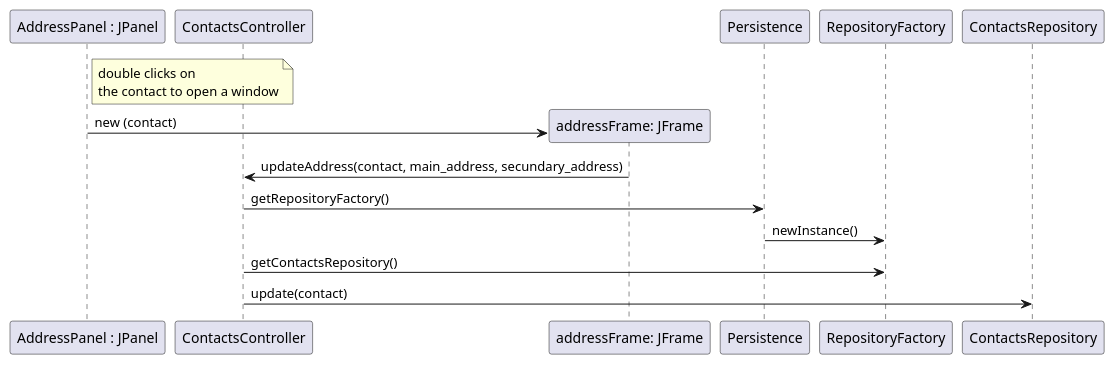
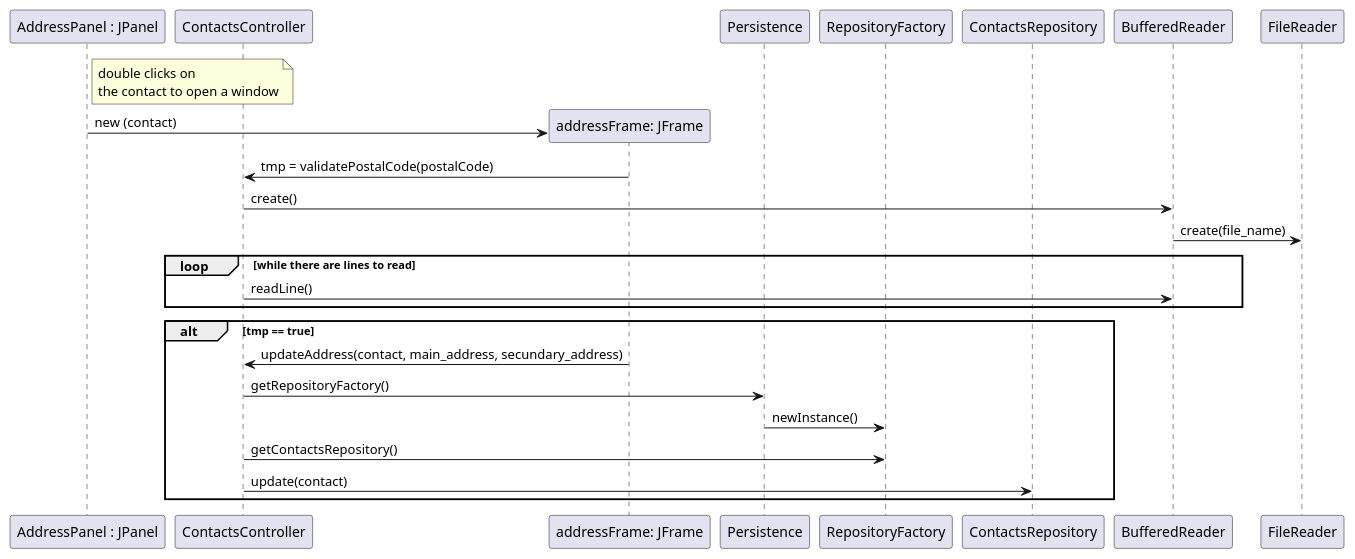
The diagram in src/csheets/userstories/crm02_01/address_edition/i130371/crm_02_01_design_sequence.puml (1130348/Confusao), drawn with PlantUML before and after one commit. The commit also changed 16 other files, not shown here.

Commit message:
CSDH-182 #time 5h #comments Implementação, alteração do diagrama de sequência (validação por ficheiro) e testes funcionais #resolve

```diff
--- a/src/csheets/userstories/crm02_01/address_edition/i130371/crm_02_01_design_sequence.puml
+++ b/src/csheets/userstories/crm02_01/address_edition/i130371/crm_02_01_design_sequence.puml
@@ -1,28 +1,39 @@
 @startuml doc-files/crm_01_01_updateContact.png
     participant "AddressPanel : JPanel" as cp
     participant "ContactsController" as ctrl
     participant "addressFrame: JFrame" as jframe
     participant "Persistence" as pers
     participant "RepositoryFactory" as repFactory
     participant "ContactsRepository" as contactsRep
+	participant "BufferedReader" as buffer
+    participant "FileReader" as file
 
 
 
     note right of cp
         double clicks on
         the contact to open a window
     end note
 
     create jframe
     cp -> jframe : new (contact)
 
+	jframe -> ctrl : tmp = validatePostalCode(postalCode)
+	ctrl -> buffer : create()
+	buffer -> file : create(file_name)
 
+	loop while there are lines to read
+	ctrl -> buffer: readLine()
+	end loop
+
+	alt tmp == true
     jframe -> ctrl : updateAddress(contact, main_address, secundary_address)
 
     ctrl -> pers : getRepositoryFactory()
     pers -> repFactory : newInstance()
     ctrl -> repFactory : getContactsRepository()
 
     ctrl -> contactsRep : update(contact)
+	end
 
 @enduml
```
